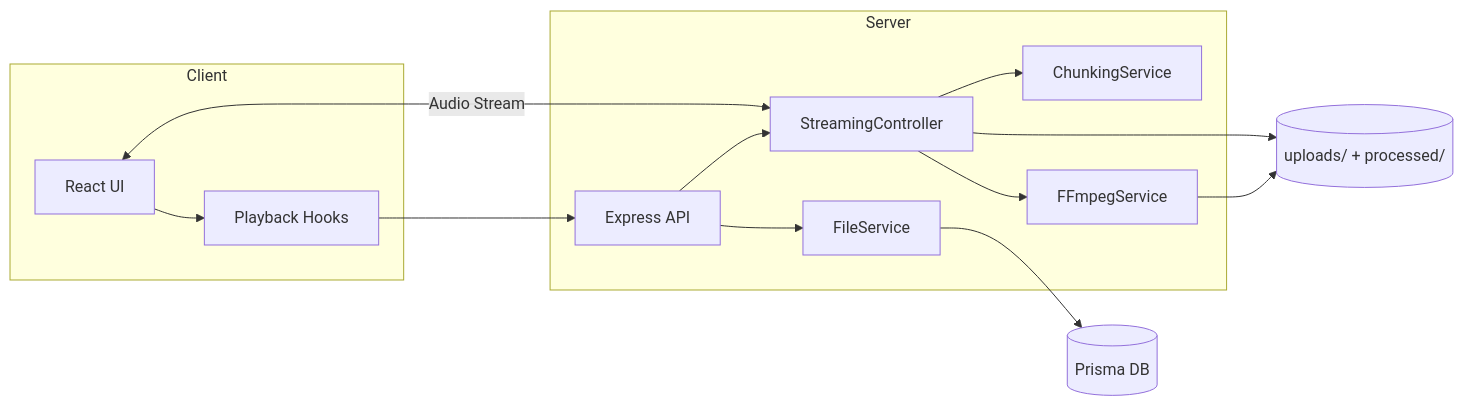
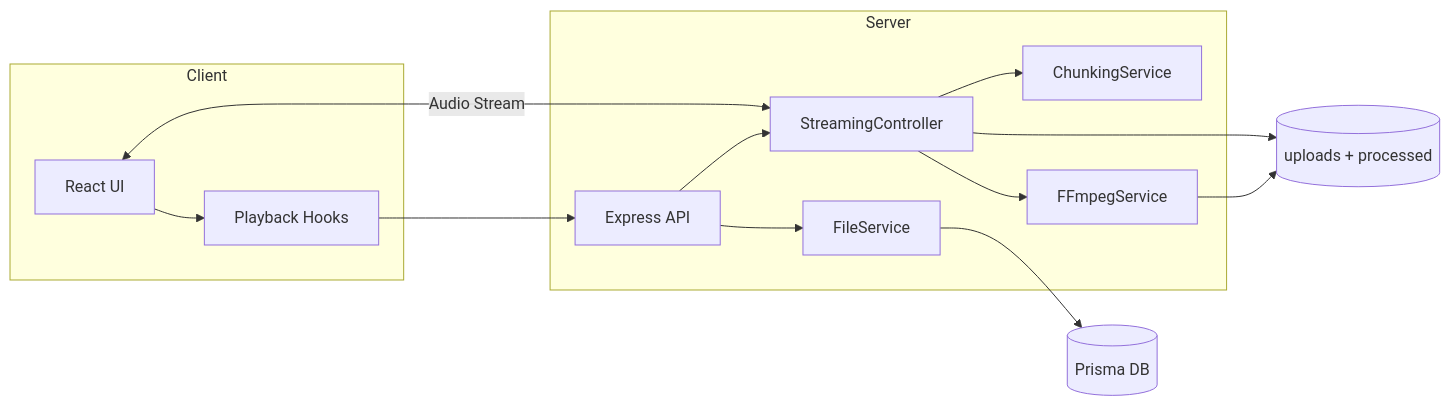
Before and after one commit to getabalewKemaw/TelePlay: the fourth of 5 diagrams in docs/ARCHITECTURE.md, drawn with Mermaid. The commit also changed other lines of this file and 1 other file, not shown here.

Commit message:
docs:fix the mermaind syntax errors for the diagrams

````diff
--- a/docs/ARCHITECTURE.md
+++ b/docs/ARCHITECTURE.md
@@ -69,29 +69,29 @@
 ```mermaid
 flowchart LR
   subgraph Client
-    UI[React UI]
-    Hooks[Playback Hooks]
+    UI["React UI"]
+    Hooks["Playback Hooks"]
   end
 
   subgraph Server
-    API[Express API]
-    Stream[StreamingController]
-    File[FileService]
-    Chunk[ChunkingService]
-    FFMPEG[FFmpegService]
+    API["Express API"]
+    Stream["StreamingController"]
+    File["FileService"]
+    Chunk["ChunkingService"]
+    FFMPEG["FFmpegService"]
   end
 
-  DB[(Prisma DB)]
-  Disk[(uploads/ + processed/)]
+  DB[("Prisma DB")]
+  Disk[("uploads + processed")]
 
   UI --> Hooks
   Hooks --> API
   API --> Stream
   API --> File
   Stream --> Chunk
   Stream --> FFMPEG
   File --> DB
   FFMPEG --> Disk
   Stream --> Disk
-  UI <-->|Audio Stream| Stream
+  UI <-->|"Audio Stream"| Stream
 ```
````
